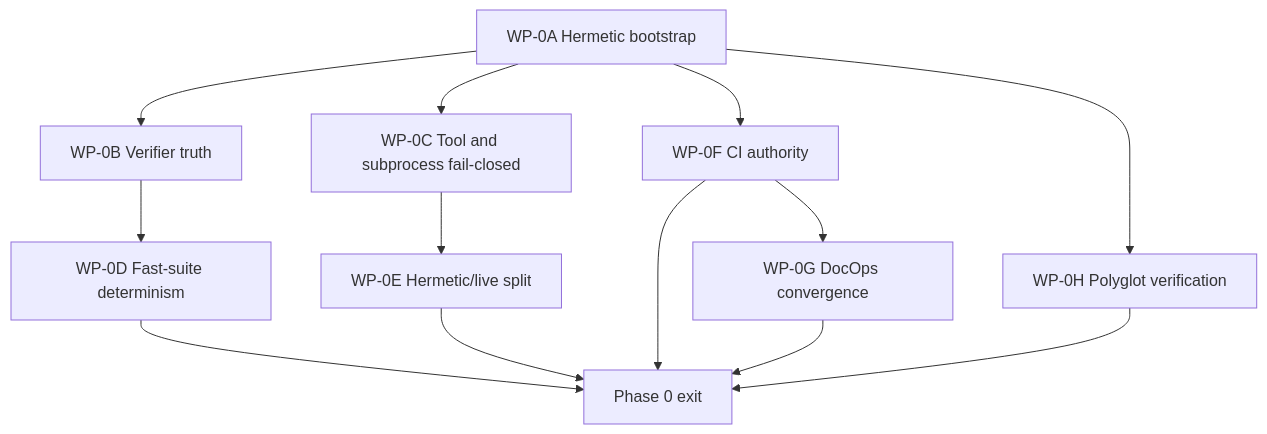
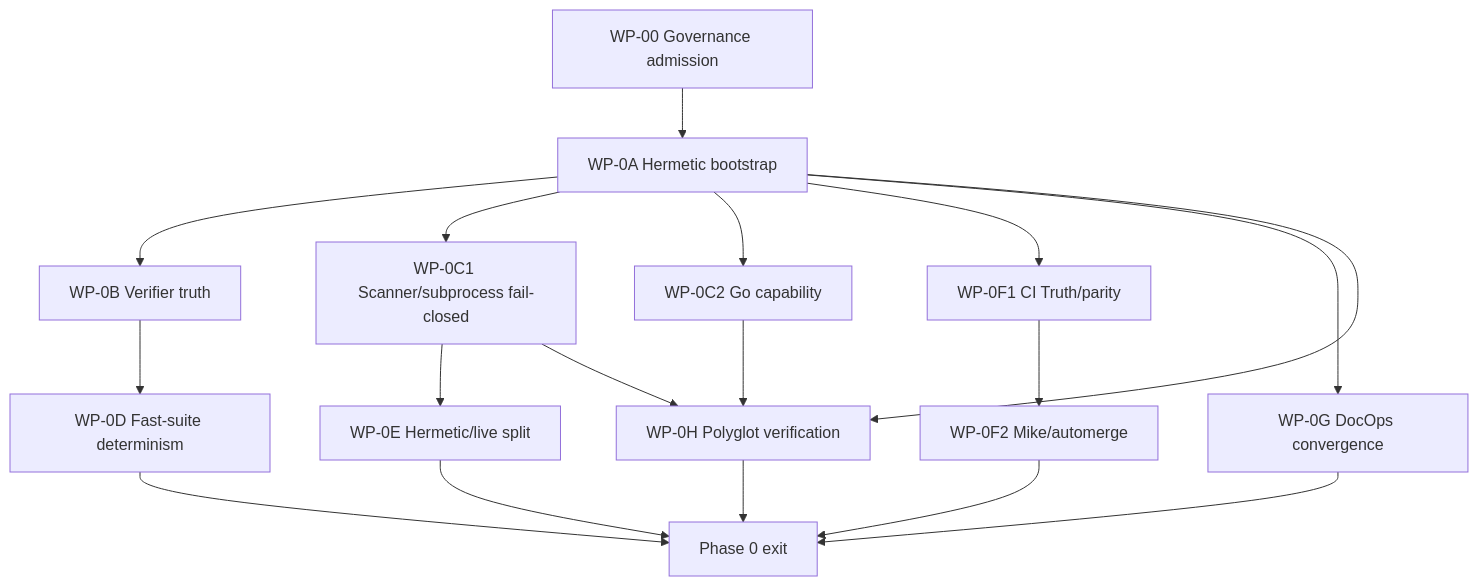
The diagram in docs/plans/TITANIUM_GRADE_REPOSITORY_HARDENING_2026-07-10.md (AIKAGRYA/dharma_swarm), drawn with Mermaid before and after one commit. The commit also changed other lines of this file, not shown here.

````diff
--- a/docs/plans/TITANIUM_GRADE_REPOSITORY_HARDENING_2026-07-10.md
+++ b/docs/plans/TITANIUM_GRADE_REPOSITORY_HARDENING_2026-07-10.md
@@ -117,15 +178,20 @@
 ```mermaid
 flowchart TD
-  A[WP-0A Hermetic bootstrap] --> B[WP-0B Verifier truth]
-  A --> C[WP-0C Tool and subprocess fail-closed]
+  P[WP-00 Governance admission] --> A[WP-0A Hermetic bootstrap]
+  A --> B[WP-0B Verifier truth]
+  A --> C1[WP-0C1 Scanner/subprocess fail-closed]
+  A --> C2[WP-0C2 Go capability]
   B --> D[WP-0D Fast-suite determinism]
-  C --> E[WP-0E Hermetic/live split]
-  A --> F[WP-0F CI authority]
-  F --> G[WP-0G DocOps convergence]
+  C1 --> E[WP-0E Hermetic/live split]
+  A --> F1[WP-0F1 CI Truth/parity]
+  F1 --> F2[WP-0F2 Mike/automerge]
+  A --> G[WP-0G DocOps convergence]
   A --> H[WP-0H Polyglot verification]
+  C1 --> H
+  C2 --> H
   D --> Z[Phase 0 exit]
   E --> Z
-  F --> Z
+  F2 --> Z
   G --> Z
   H --> Z
 ```
````
